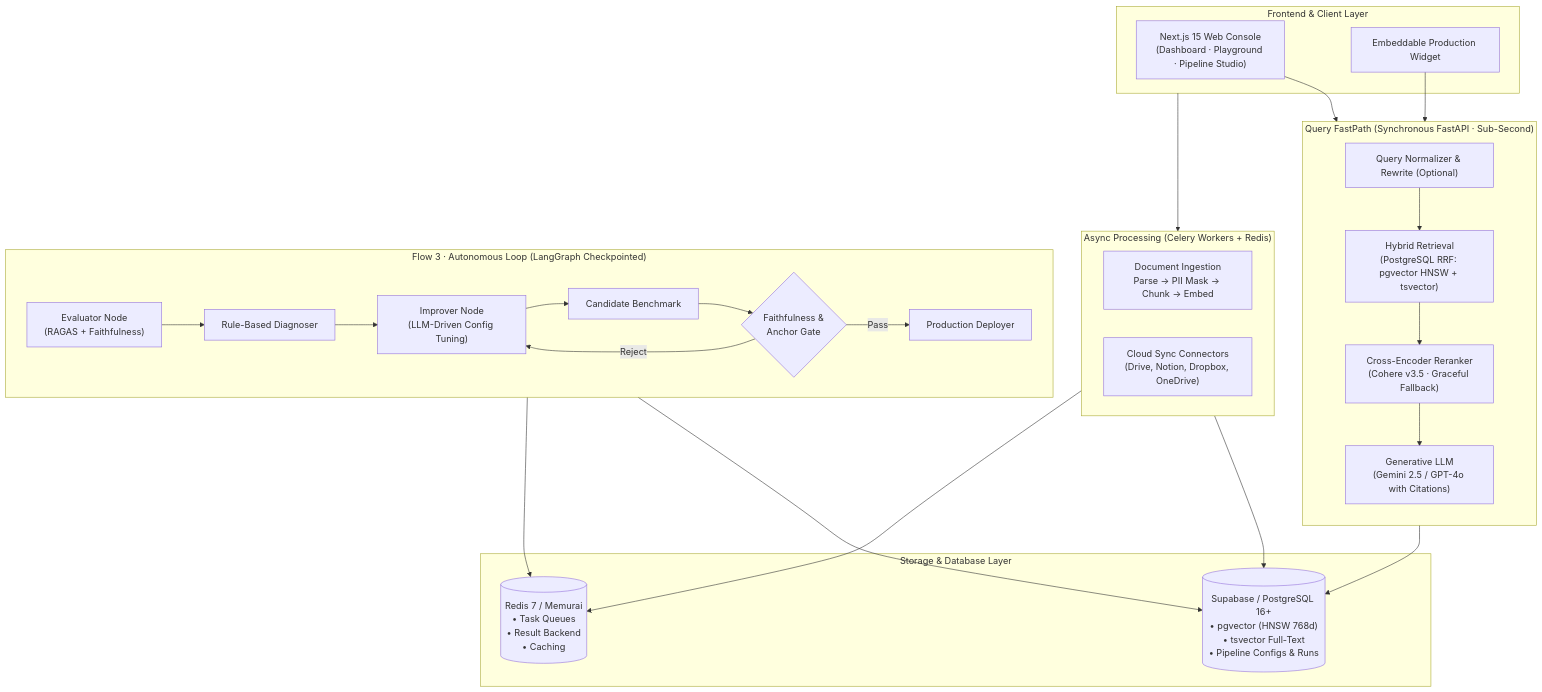
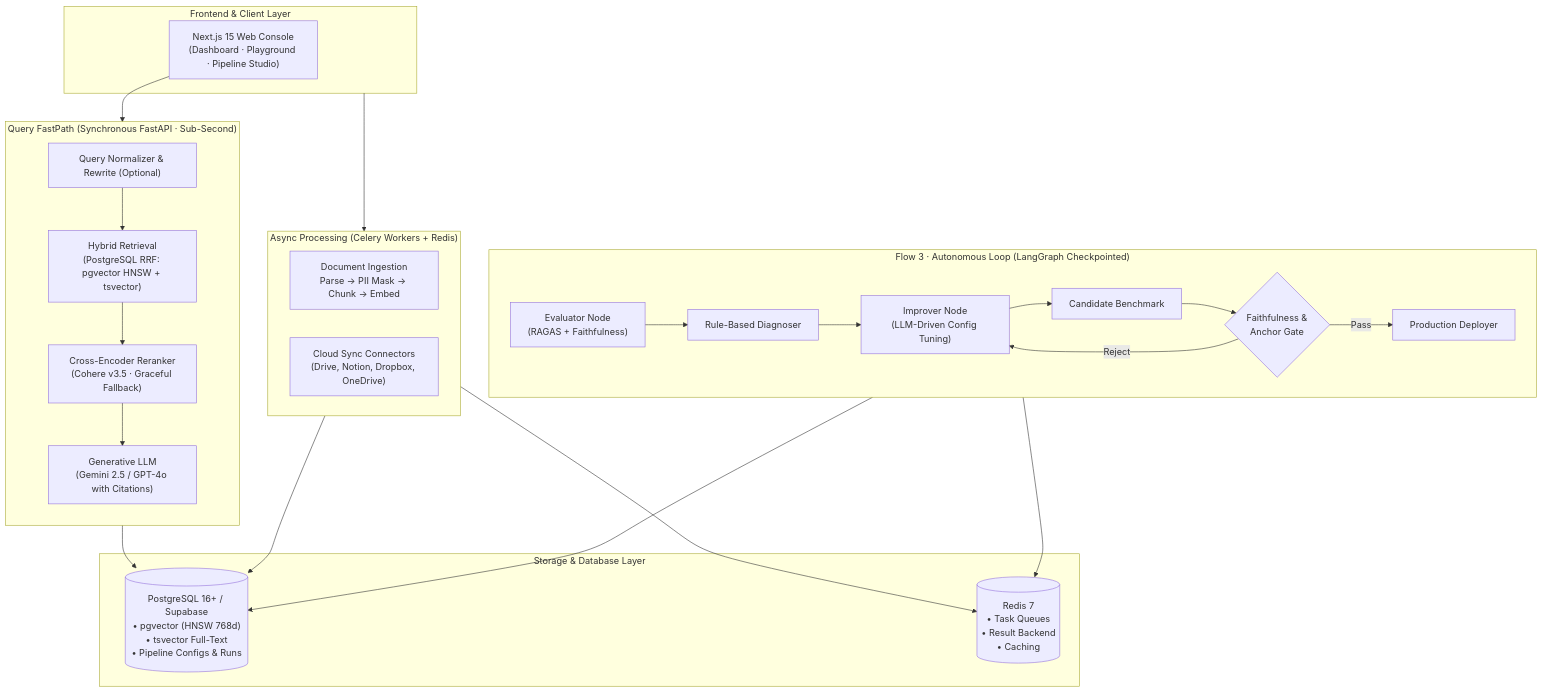
One commit to Ashishds/autorag-platform changed the diagram in README.md. Above: the diagram before and after it, drawn with Mermaid. The commit also changed other lines of this file and 18 other files, not shown here.

````diff
--- a/README.md
+++ b/README.md
@@ -68,45 +68,43 @@
 ```mermaid
 flowchart TB
     subgraph ClientLayer["Frontend & Client Layer"]
         UI["Next.js 15 Web Console<br/>(Dashboard · Playground · Pipeline Studio)"]
-        Widget["Embeddable Production Widget"]
     end
 
     subgraph FastPath["Query FastPath (Synchronous FastAPI · Sub-Second)"]
         direction TB
         QR["Query Normalizer & Rewrite (Optional)"]
         HR["Hybrid Retrieval<br/>(PostgreSQL RRF: pgvector HNSW + tsvector)"]
         RR["Cross-Encoder Reranker<br/>(Cohere v3.5 · Graceful Fallback)"]
         LLM["Generative LLM<br/>(Gemini 2.5 / GPT-4o with Citations)"]
         QR --> HR --> RR --> LLM
     end
 
     subgraph AsyncWorker["Async Processing (Celery Workers + Redis)"]
         ING["Document Ingestion<br/>Parse → PII Mask → Chunk → Embed"]
         CONN["Cloud Sync Connectors<br/>(Drive, Notion, Dropbox, OneDrive)"]
     end
 
     subgraph OptimizationEngine["Flow 3 · Autonomous Loop (LangGraph Checkpointed)"]
         direction LR
         EVAL["Evaluator Node<br/>(RAGAS + Faithfulness)"] --> DIAG["Rule-Based Diagnoser"]
         DIAG --> IMP["Improver Node<br/>(LLM-Driven Config Tuning)"]
         IMP --> TEST["Candidate Benchmark"]
         TEST --> GATE{"Faithfulness &<br/>Anchor Gate"}
         GATE -- Pass --> DEP["Production Deployer"]
         GATE -- Reject --> IMP
     end
 
     subgraph Persistence["Storage & Database Layer"]
-        PG[("Supabase / PostgreSQL 16+<br/>• pgvector (HNSW 768d)<br/>• tsvector Full-Text<br/>• Pipeline Configs & Runs")]
-        REDIS[("Redis 7 / Memurai<br/>• Task Queues<br/>• Result Backend<br/>• Caching")]
+        PG[("PostgreSQL 16+ / Supabase<br/>• pgvector (HNSW 768d)<br/>• tsvector Full-Text<br/>• Pipeline Configs & Runs")]
+        REDIS[("Redis 7<br/>• Task Queues<br/>• Result Backend<br/>• Caching")]
     end
 
     UI --> FastPath
-    Widget --> FastPath
     ClientLayer --> AsyncWorker
     FastPath --> PG
     AsyncWorker --> PG
     AsyncWorker --> REDIS
     OptimizationEngine --> PG
     OptimizationEngine --> REDIS
 ```
````
